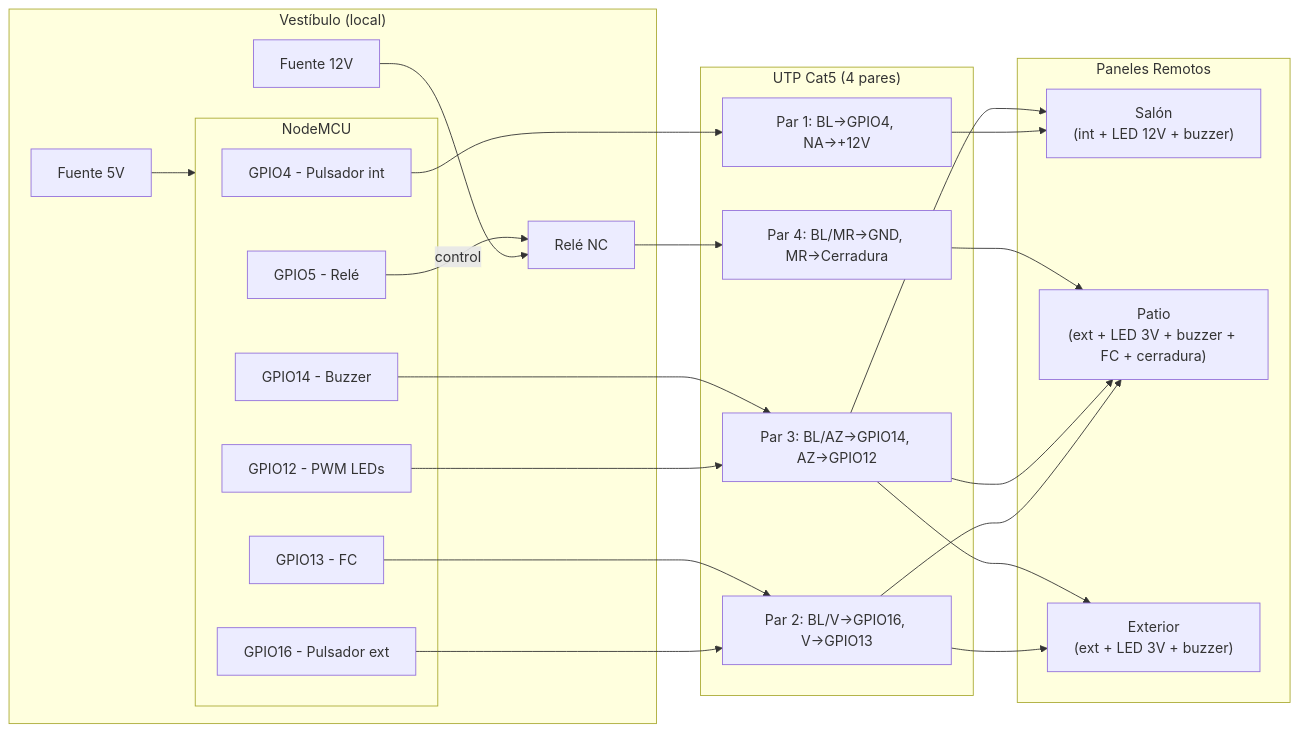
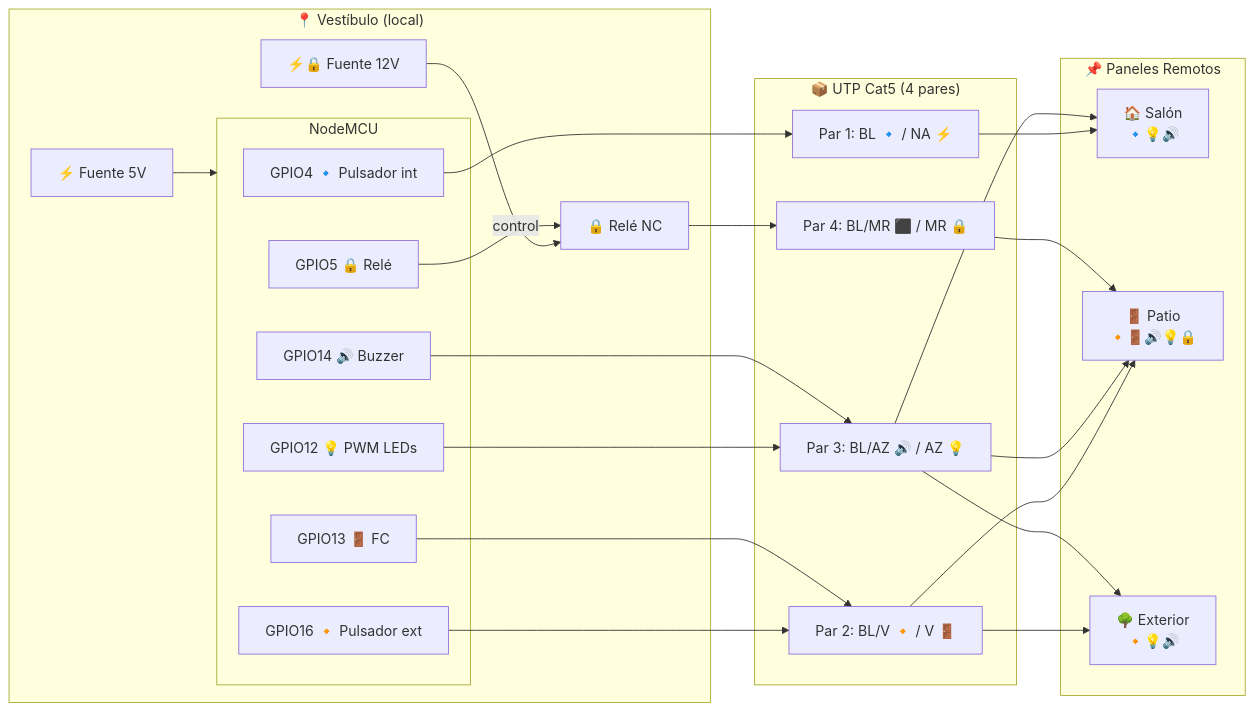
Before and after one commit to abelbour/Abrepuertas: the third of 10 diagrams in SYSTEM_DEFINITION.md, drawn with Mermaid. The commit also changed other lines of this file, not shown here.

Commit message:
Add emoji identifiers to tables and diagrams for signal identification

````diff
--- a/SYSTEM_DEFINITION.md
+++ b/SYSTEM_DEFINITION.md
@@ -338,42 +338,41 @@
 ```mermaid
 flowchart LR
     subgraph NodeMCU
-        G4[GPIO4 - Pulsador int]
-        G16[GPIO16 - Pulsador ext]
-        G12[GPIO12 - PWM LEDs]
-        G14[GPIO14 - Buzzer]
-        G5[GPIO5 - Relé]
-        G13[GPIO13 - FC]
+        G4["GPIO4 🔹 Pulsador int"]
+        G16["GPIO16 🔸 Pulsador ext"]
+        G12["GPIO12 💡 PWM LEDs"]
+        G14["GPIO14 🔊 Buzzer"]
+        G5["GPIO5 🔒 Relé"]
+        G13["GPIO13 🚪 FC"]
     end
 
-    subgraph UTP["UTP Cat5 (4 pares)"]
-        P1["Par 1: BL→GPIO4, NA→+12V"]
-        P2["Par 2: BL/V→GPIO16, V→GPIO13"]
-        P3["Par 3: BL/AZ→GPIO14, AZ→GPIO12"]
-        P4["Par 4: BL/MR→GND, MR→Cerradura"]
+    subgraph UTP["📦 UTP Cat5 (4 pares)"]
+        P1["Par 1: BL 🔹 / NA ⚡"]
+        P2["Par 2: BL/V 🔸 / V 🚪"]
+        P3["Par 3: BL/AZ 🔊 / AZ 💡"]
+        P4["Par 4: BL/MR ⬛ / MR 🔒"]
     end
 
-    subgraph Vestibulo["Vestíbulo (local)"]
-        F5V[Fuente 5V] --> NodeMCU
-        F12V[Fuente 12V] --> Rele[Relé NC]
+    subgraph Vestibulo["📍 Vestíbulo (local)"]
+        F5V["⚡ Fuente 5V"] --> NodeMCU
+        F12V["⚡🔒 Fuente 12V"] --> Rele["🔒 Relé NC"]
         G5 -- control --> Rele
         Rele --> P4
     end
 
-    subgraph Paneles["Paneles Remotos"]
-        Salon["Salón<br/>(int + LED 12V + buzzer)"]
-        Patio["Patio<br/>(ext + LED 3V + buzzer + FC + cerradura)"]
-        Ext["Exterior<br/>(ext + LED 3V + buzzer)"]
+    subgraph Paneles["📌 Paneles Remotos"]
+        Salon["🏠 Salón<br/>🔹💡🔊"]
+        Patio["🚪 Patio<br/>🔸🚪🔊💡🔒"]
+        Ext["🌳 Exterior<br/>🔸💡🔊"]
     end
 
     G4 --> P1
     G16 --> P2
     G12 --> P3
     G14 --> P3
     G13 --> P2
     P1 --> Salon
-    P2 --> Patio
-    P2 --> Ext
+    P2 --> Patio & Ext
     P3 --> Salon & Patio & Ext
     P4 --> Patio
 ```
````
